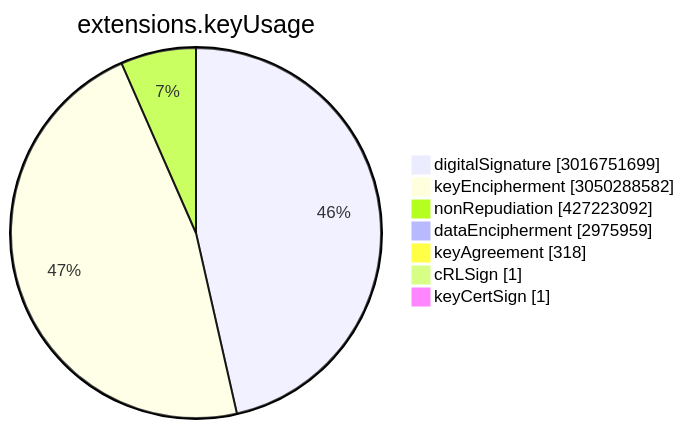
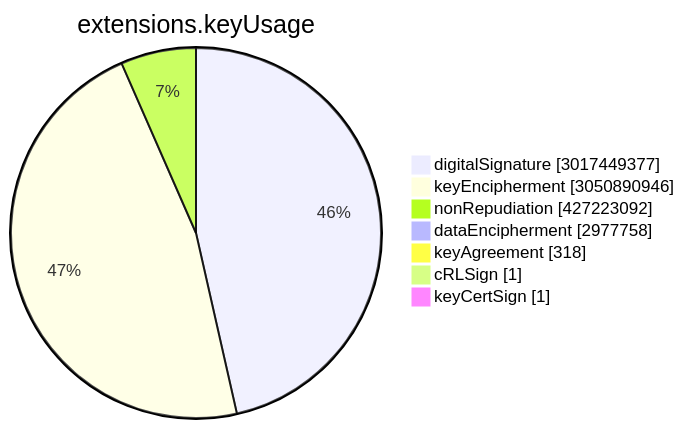
The sixth of 15 diagrams in TOTAL/README.md (christiankrug/ctmonitor_visualization), drawn with Mermaid before and after one commit. The commit also changed other lines of this file, not shown here.

````diff
--- a/TOTAL/README.md
+++ b/TOTAL/README.md
@@ -3075,11 +3075,11 @@
 ```mermaid
 pie showData
 title extensions.keyUsage
-"digitalSignature" :3016751699
-"keyEncipherment" :3050288582
+"digitalSignature" :3017449377
+"keyEncipherment" :3050890946
 "nonRepudiation" :427223092
-"dataEncipherment" :2975959
+"dataEncipherment" :2977758
 "keyAgreement" :318
 "cRLSign" :1
 "keyCertSign" :1
 ```
````
